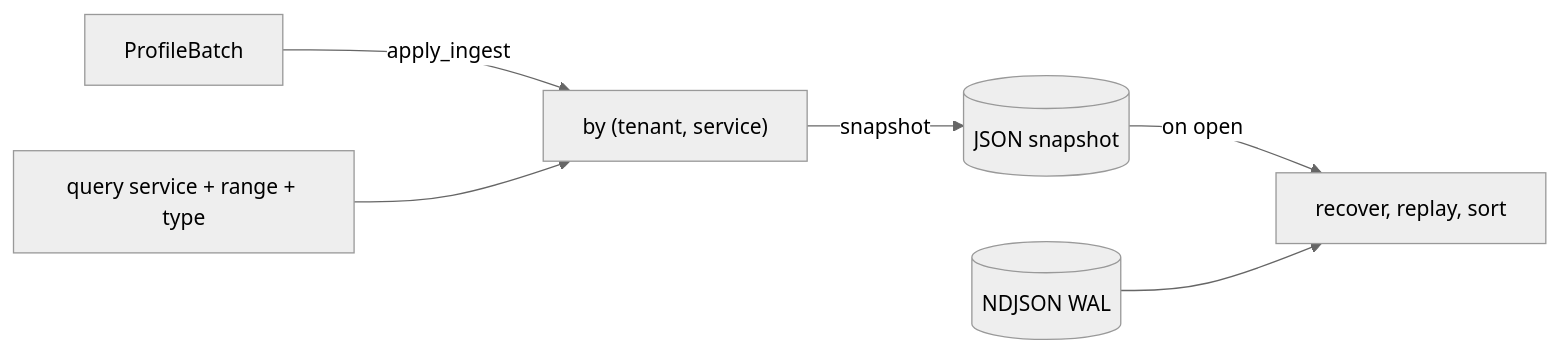
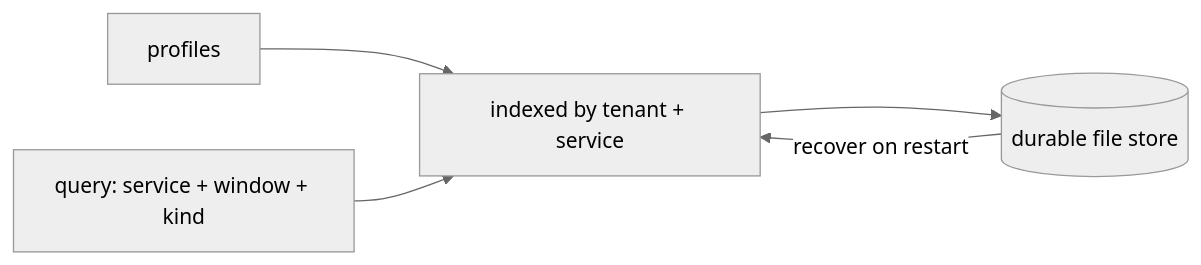
The diagram in src/content/docs/components/strata.md (andrealaforgia/kaleidoscope-site), drawn with Mermaid (neutral theme) before and after one commit. The commit also changed other lines of this file and 23 other files, not shown here.

````diff
--- a/src/content/docs/components/strata.md
+++ b/src/content/docs/components/strata.md
@@ -29,8 +27,7 @@
 ```mermaid
 flowchart LR
- Ingest[ProfileBatch] -->|apply_ingest| Idx["by (tenant, service)"]
- Idx -->|snapshot| Snap[(JSON snapshot)]
- Snap -->|on open| Recover[recover, replay, sort]
- WAL[(NDJSON WAL)] --> Recover
- Q[query service + range + type] --> Idx
+    Ingest[profiles] --> Idx[indexed by tenant + service]
+    Idx --> Durable[(durable file store)]
+    Durable -->|recover on restart| Idx
+    Q[query: service + window + kind] --> Idx
 ```
````
